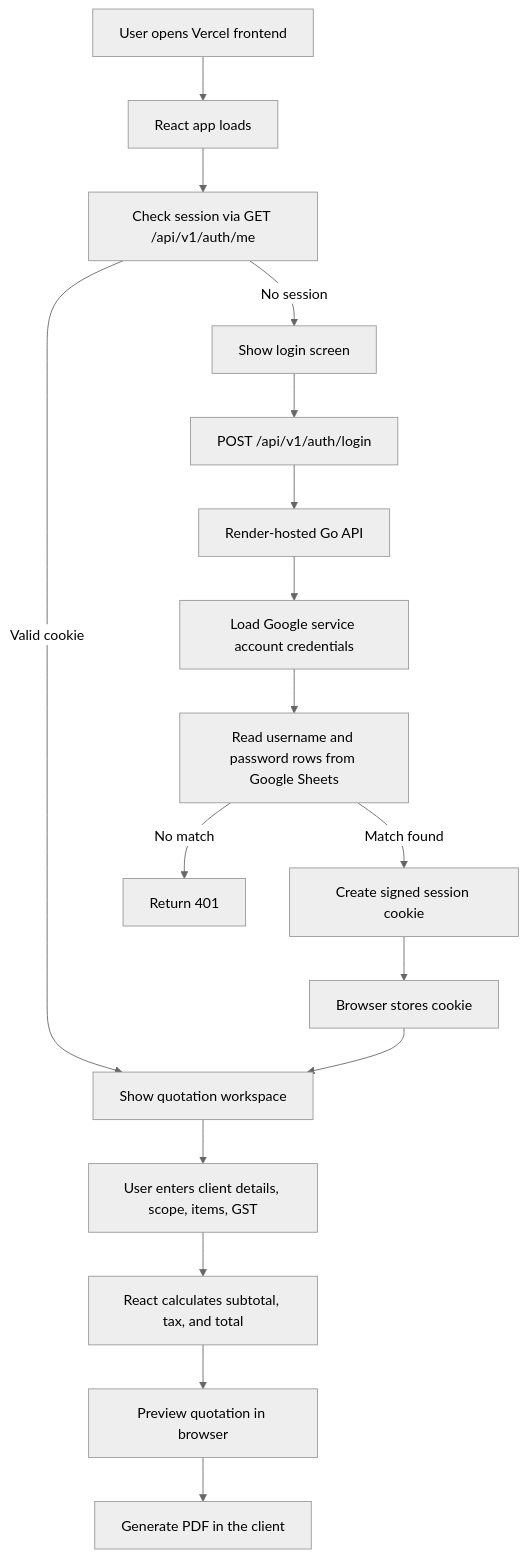
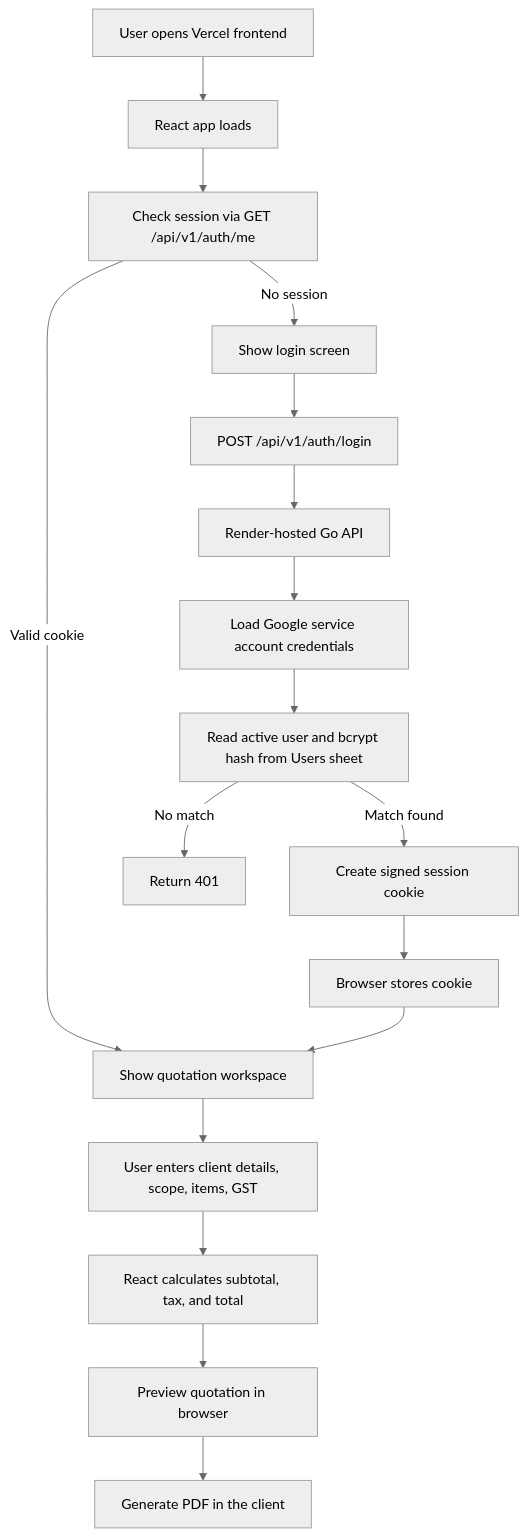
The diagram in README.md (harshpratapmall/Quotify), drawn with Mermaid (neutral theme) before and after one commit. The commit also changed other lines of this file and 11 other files, not shown here.

````diff
--- a/README.md
+++ b/README.md
@@ -13,19 +13,19 @@
 ```mermaid
 flowchart TD
     A[User opens Vercel frontend] --> B[React app loads]
     B --> C[Check session via GET /api/v1/auth/me]
     C -->|Valid cookie| D[Show quotation workspace]
     C -->|No session| E[Show login screen]
     E --> F[POST /api/v1/auth/login]
     F --> G[Render-hosted Go API]
     G --> H[Load Google service account credentials]
-    H --> I[Read username and password rows from Google Sheets]
+    H --> I[Read active user and bcrypt hash from Users sheet]
     I -->|Match found| J[Create signed session cookie]
     I -->|No match| K[Return 401]
     J --> L[Browser stores cookie]
     L --> D
     D --> M[User enters client details, scope, items, GST]
     M --> N[React calculates subtotal, tax, and total]
     N --> O[Preview quotation in browser]
     O --> P[Generate PDF in the client]
 ```
````
